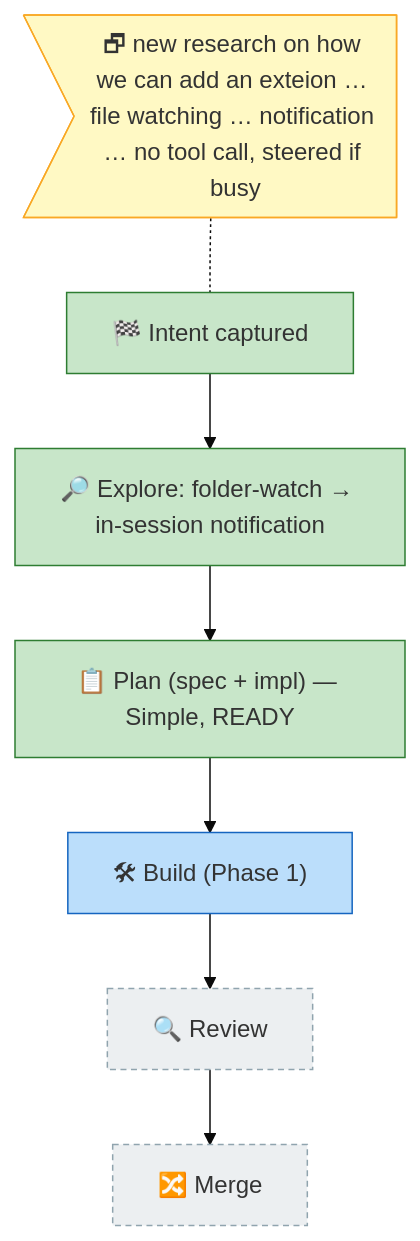
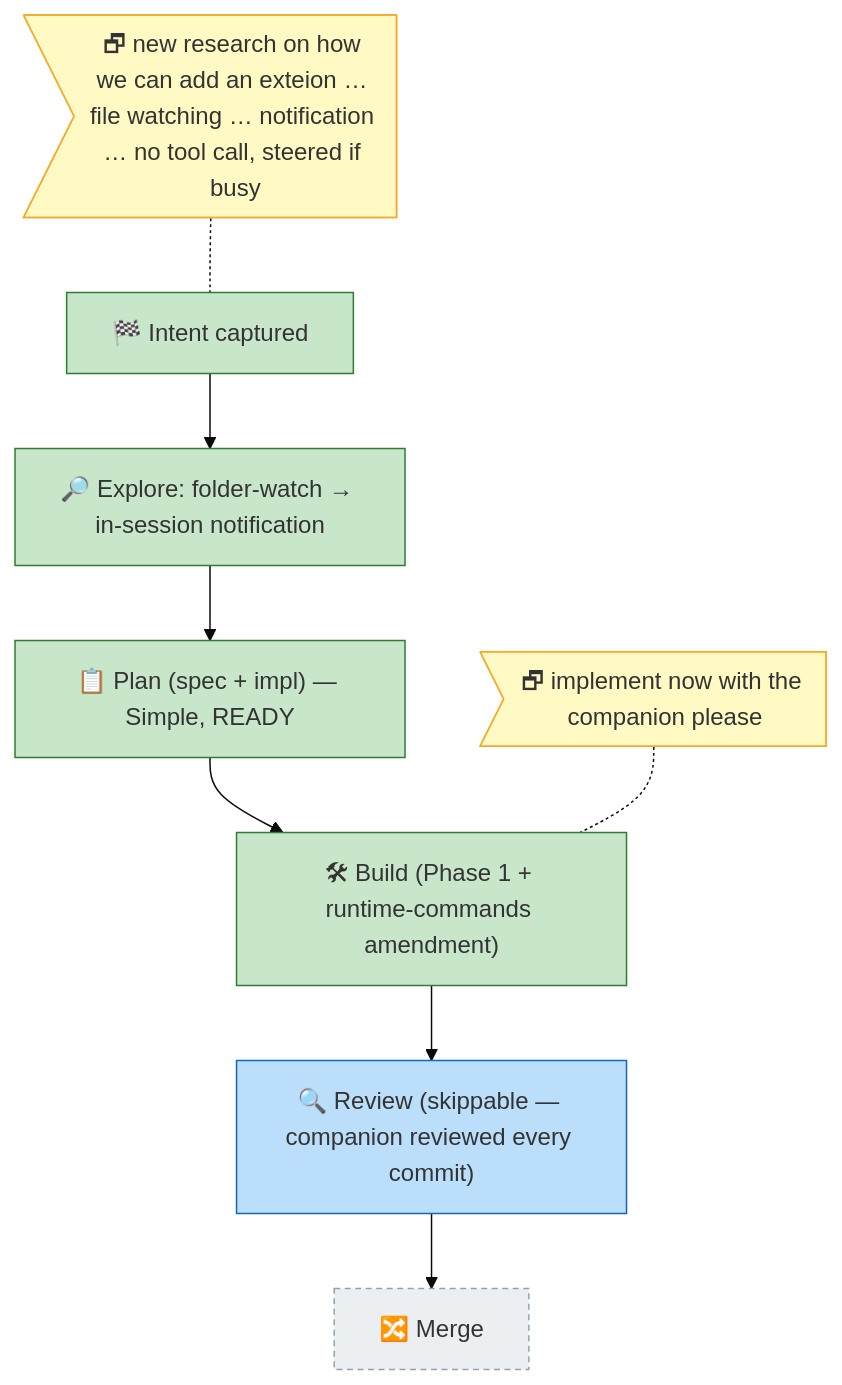
Before and after one commit to vaughanknight/pij: the diagram in docs/plans/015-file-watch-notify/the-flow.md, drawn with Mermaid (base theme). The commit also changed 2 other files, not shown here.

Commit message:
chore(the-flow): 015 build complete (T010-T012 + companion) -> awaiting-6

````diff
--- a/docs/plans/015-file-watch-notify/the-flow.md
+++ b/docs/plans/015-file-watch-notify/the-flow.md
@@ -5,20 +5,22 @@
 ```mermaid
 flowchart TD
   classDef done fill:#C8E6C9,stroke:#2E7D32;
   classDef wip fill:#FFE0B2,stroke:#EF6C00;
   classDef blocked fill:#FFCDD2,stroke:#C62828;
   classDef known fill:#BBDEFB,stroke:#1565C0;
   classDef assumed fill:#ECEFF1,stroke:#90A4AE,stroke-dasharray:4 3;
   classDef said fill:#FFF9C4,stroke:#F9A825;
 
   n_start["🏁 Intent captured"]:::done
   said0>"🗗 new research on how we can add an exteion … file watching … notification … no tool call, steered if busy"]:::said
   n_research["🔎 Explore: folder-watch → in-session notification"]:::done
   n_plan["📋 Plan (spec + impl) — Simple, READY"]:::done
-  n_build["🛠 Build (Phase 1)"]:::known
-  n_review["🔍 Review"]:::assumed
+  n_build["🛠 Build (Phase 1 + runtime-commands amendment)"]:::done
+  said1>"🗗 implement now with the companion please"]:::said
+  n_review["🔍 Review (skippable — companion reviewed every commit)"]:::known
   n_merge["🔀 Merge"]:::assumed
 
   n_start --> n_research --> n_plan --> n_build --> n_review --> n_merge
   said0 -.- n_start
+  said1 -.- n_build
 ```
````
